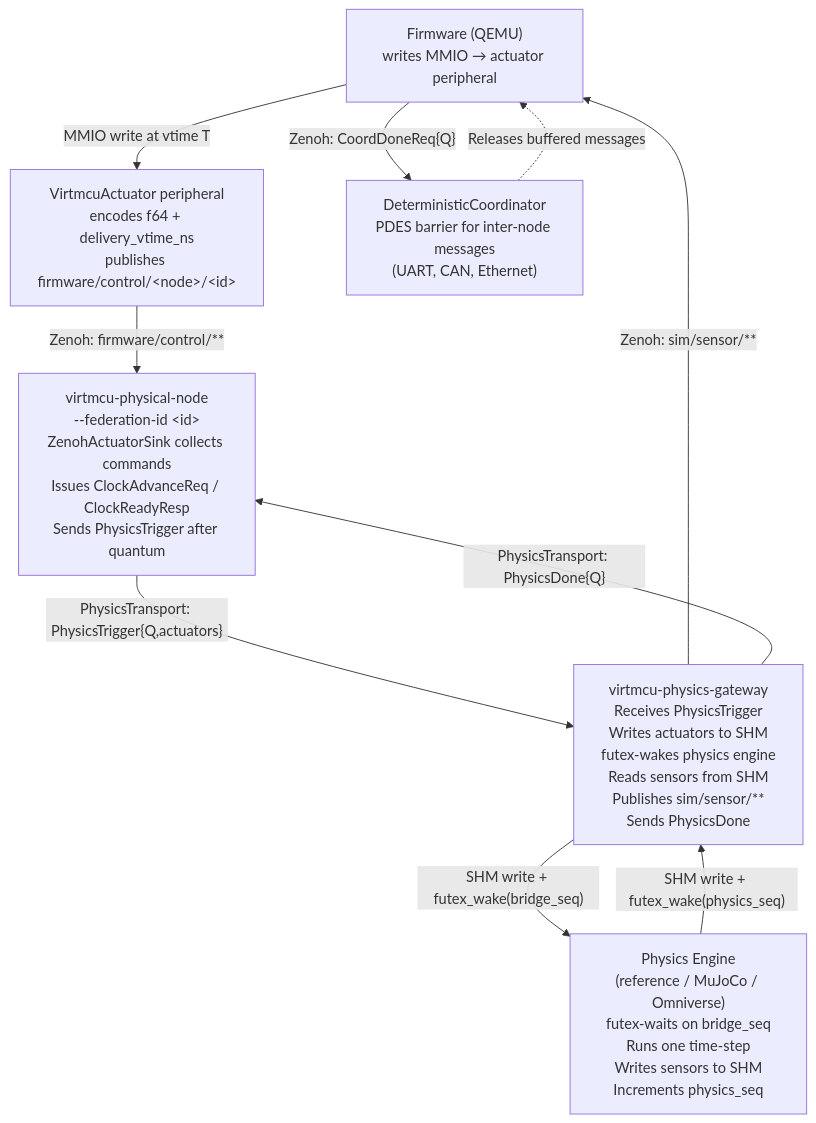
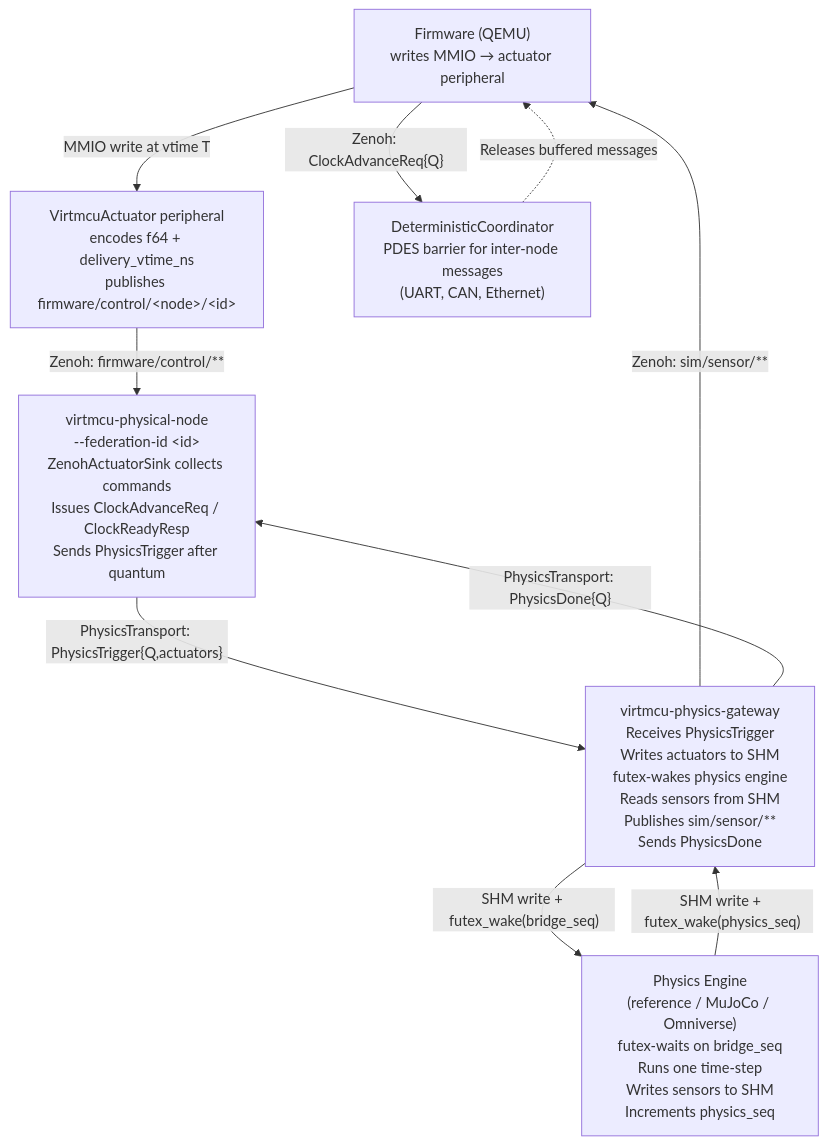
Before and after one commit to RefractSystems/qenode: the first of 3 diagrams in docs/architecture/12-physics-gateway.md, drawn with Mermaid. The commit also changed other lines of this file and 8 other files, not shown here.

First line of the commit message:
Cleanup: Remove deprecated ZenohFrameHeader and CoordDoneReq

````diff
--- a/docs/architecture/12-physics-gateway.md
+++ b/docs/architecture/12-physics-gateway.md
@@ -66,19 +66,19 @@
 ```mermaid
 graph TD
     FW["Firmware (QEMU)<br/>writes MMIO → actuator peripheral"]
     ACT["VirtmcuActuator peripheral<br/>encodes f64 + delivery_vtime_ns<br/>publishes firmware/control/&lt;node&gt;/&lt;id&gt;"]
     PN["virtmcu-physical-node<br/>--federation-id &lt;id&gt;<br/>ZenohActuatorSink collects commands<br/>Issues ClockAdvanceReq / ClockReadyResp<br/>Sends PhysicsTrigger after quantum"]
     GW["virtmcu-physics-gateway<br/>Receives PhysicsTrigger<br/>Writes actuators to SHM<br/>futex-wakes physics engine<br/>Reads sensors from SHM<br/>Publishes sim/sensor/**<br/>Sends PhysicsDone"]
     PE["Physics Engine<br/>(reference / MuJoCo / Omniverse)<br/>futex-waits on bridge_seq<br/>Runs one time-step<br/>Writes sensors to SHM<br/>Increments physics_seq"]
     COORD["DeterministicCoordinator<br/>PDES barrier for inter-node messages<br/>(UART, CAN, Ethernet)"]
 
     FW -->|"MMIO write at vtime T"| ACT
     ACT -->|"Zenoh: firmware/control/**"| PN
     PN -->|"PhysicsTransport: PhysicsTrigger{Q,actuators}"| GW
     GW -->|"SHM write + futex_wake(bridge_seq)"| PE
     PE -->|"SHM write + futex_wake(physics_seq)"| GW
     GW -->|"Zenoh: sim/sensor/**"| FW
     GW -->|"PhysicsTransport: PhysicsDone{Q}"| PN
-    FW -->|"Zenoh: CoordDoneReq{Q}"| COORD
+    FW -->|"Zenoh: ClockAdvanceReq{Q}"| COORD
     COORD -.->|"Releases buffered messages"| FW
 ```
````
